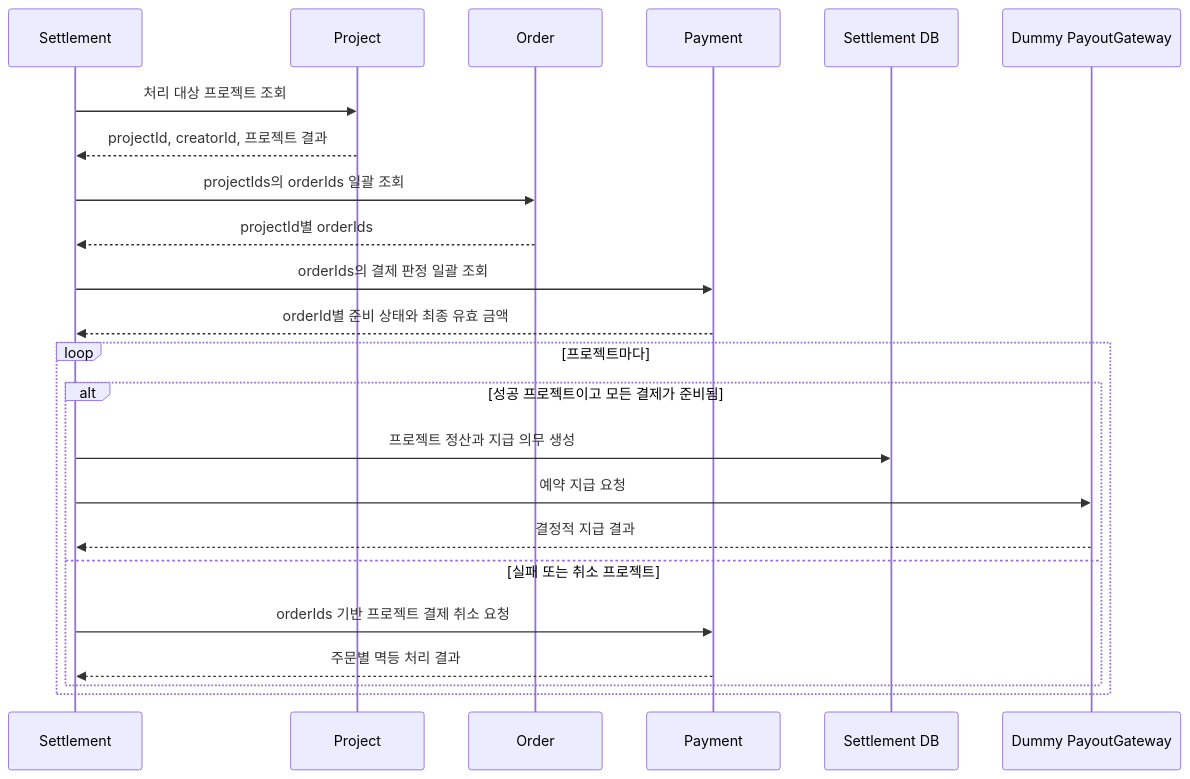
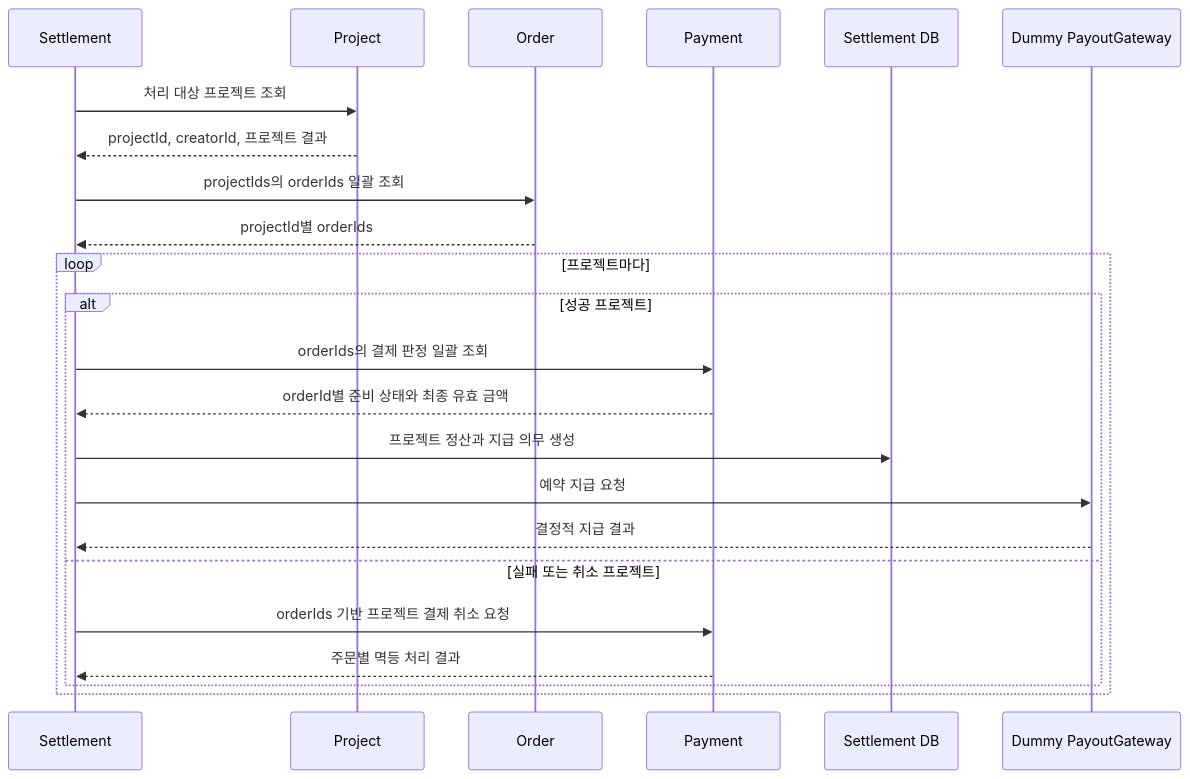
Before and after one commit to prgrms-be-adv-devcourse/beadv7_7_earlybird_BE: the diagram in settlement-service/README.md, drawn with Mermaid. The commit also changed other lines of this file and 18 other files, not shown here.

Commit message:
Refactor: Settlement Order·Payment 연동 port 교체

````diff
--- a/settlement-service/README.md
+++ b/settlement-service/README.md
@@ -7,26 +7,26 @@
 ```mermaid
 sequenceDiagram
     participant Settlement
     participant Project
     participant Order
     participant Payment
     participant Store as Settlement DB
     participant Payout as Dummy PayoutGateway
 
     Settlement->>Project: 처리 대상 프로젝트 조회
     Project-->>Settlement: projectId, creatorId, 프로젝트 결과
     Settlement->>Order: projectIds의 orderIds 일괄 조회
     Order-->>Settlement: projectId별 orderIds
-    Settlement->>Payment: orderIds의 결제 판정 일괄 조회
-    Payment-->>Settlement: orderId별 준비 상태와 최종 유효 금액
     loop 프로젝트마다
-        alt 성공 프로젝트이고 모든 결제가 준비됨
+        alt 성공 프로젝트
+            Settlement->>Payment: orderIds의 결제 판정 일괄 조회
+            Payment-->>Settlement: orderId별 준비 상태와 최종 유효 금액
             Settlement->>Store: 프로젝트 정산과 지급 의무 생성
             Settlement->>Payout: 예약 지급 요청
             Payout-->>Settlement: 결정적 지급 결과
         else 실패 또는 취소 프로젝트
             Settlement->>Payment: orderIds 기반 프로젝트 결제 취소 요청
             Payment-->>Settlement: 주문별 멱등 처리 결과
         end
     end
 ```
````
